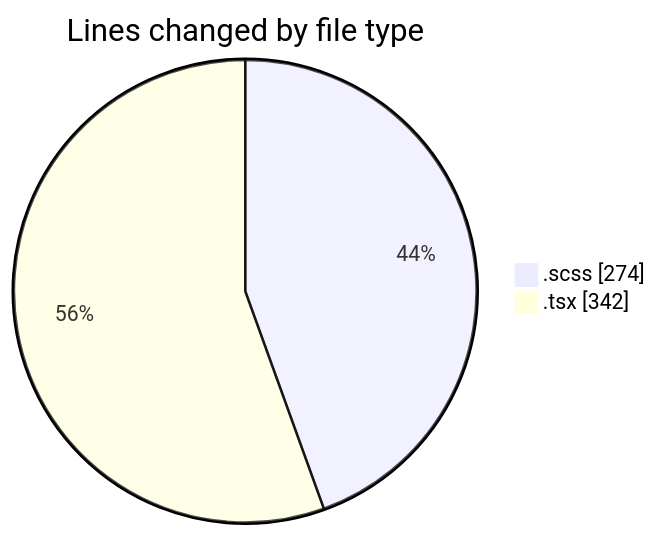
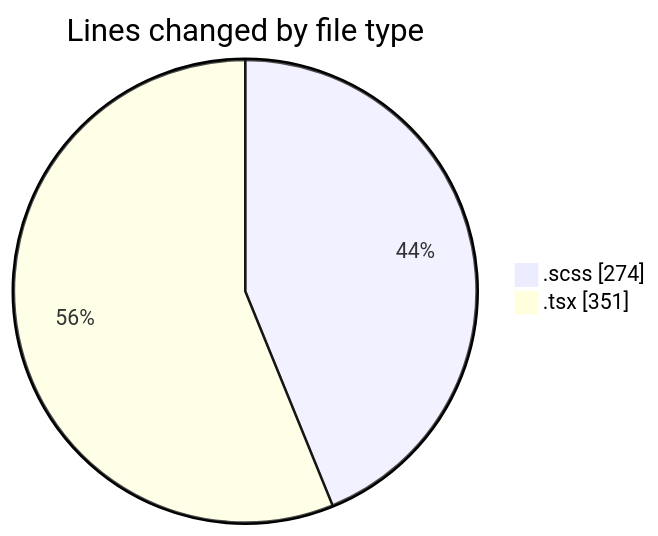
The first of 2 diagrams in 2025-03-04/cda/README.md (momahboobian/code-tracking), drawn with Mermaid before and after one commit. The commit also changed other lines of this file and 1 other file, not shown here.

````diff
--- a/2025-03-04/cda/README.md
+++ b/2025-03-04/cda/README.md
@@ -24,6 +24,6 @@
 ```mermaid
 pie showData
 title Lines changed by file type
 ".scss" : 274
-".tsx" : 342
+".tsx" : 351
 ```
````
